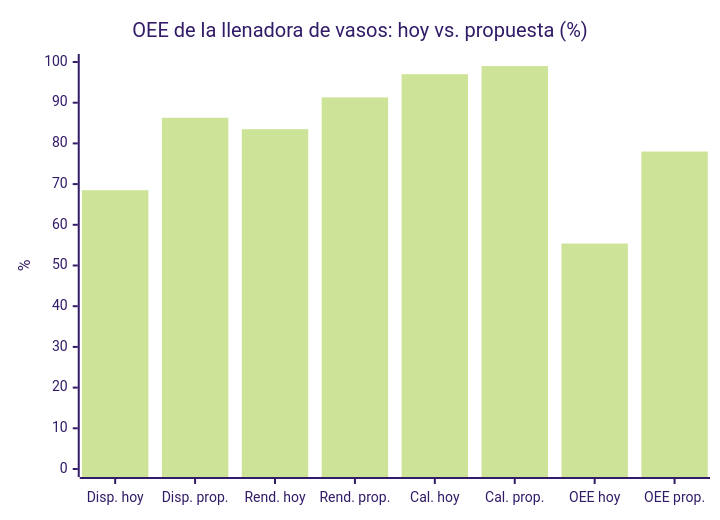
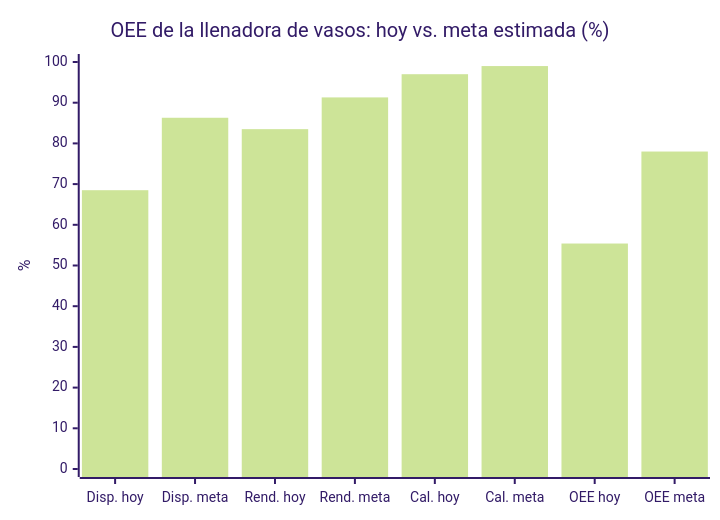
The first of 8 diagrams in README.md (kuajoautomation/Kuajo-Automation---APM), drawn with Mermaid (forest theme) before and after one commit. The commit also changed other lines of this file and 34 other files, not shown here.

````diff
--- a/README.md
+++ b/README.md
@@ -198,7 +203,7 @@
 ```mermaid
 xychart-beta
-    title "OEE de la llenadora de vasos: hoy vs. propuesta (%)"
-    x-axis ["Disp. hoy", "Disp. prop.", "Rend. hoy", "Rend. prop.", "Cal. hoy", "Cal. prop.", "OEE hoy", "OEE prop."]
+    title "OEE de la llenadora de vasos: hoy vs. meta estimada (%)"
+    x-axis ["Disp. hoy", "Disp. meta", "Rend. hoy", "Rend. meta", "Cal. hoy", "Cal. meta", "OEE hoy", "OEE meta"]
     y-axis "%" 0 --> 100
     bar [68.5, 86.3, 83.5, 91.3, 97.0, 99.0, 55.4, 78.0]
 ```
````
